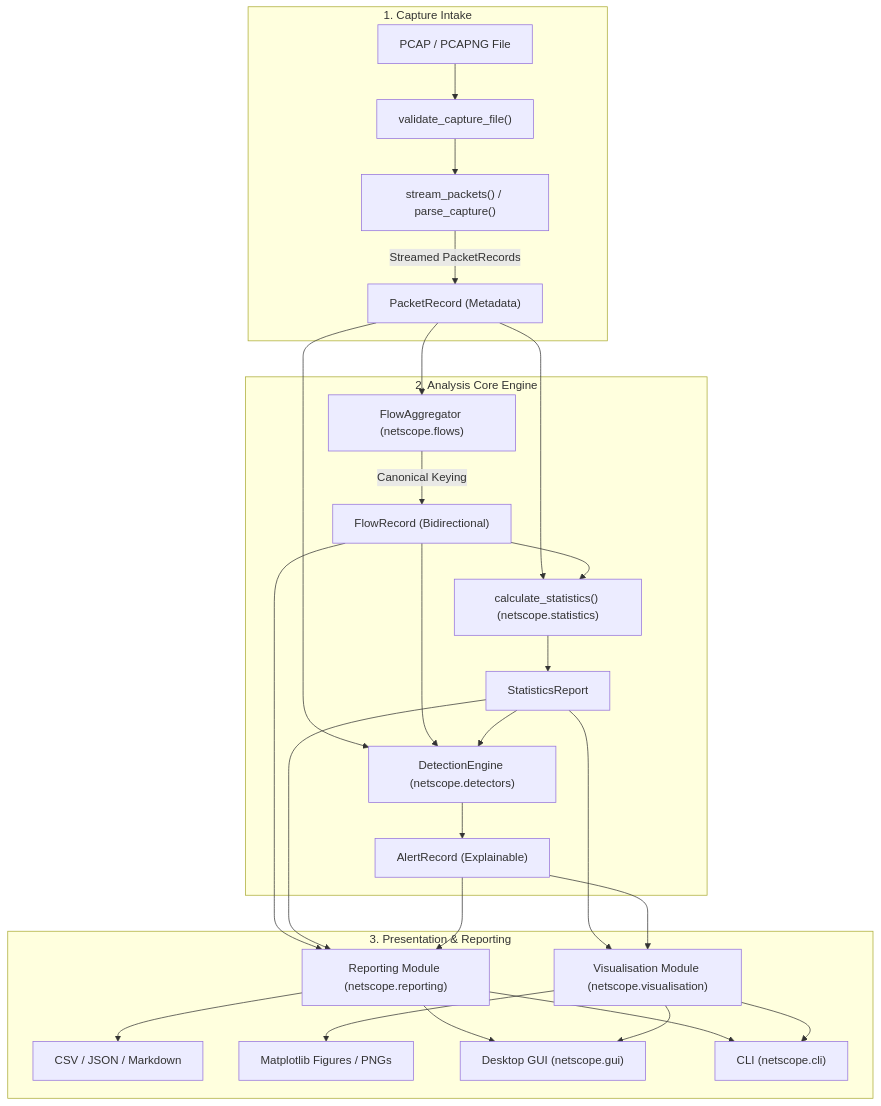
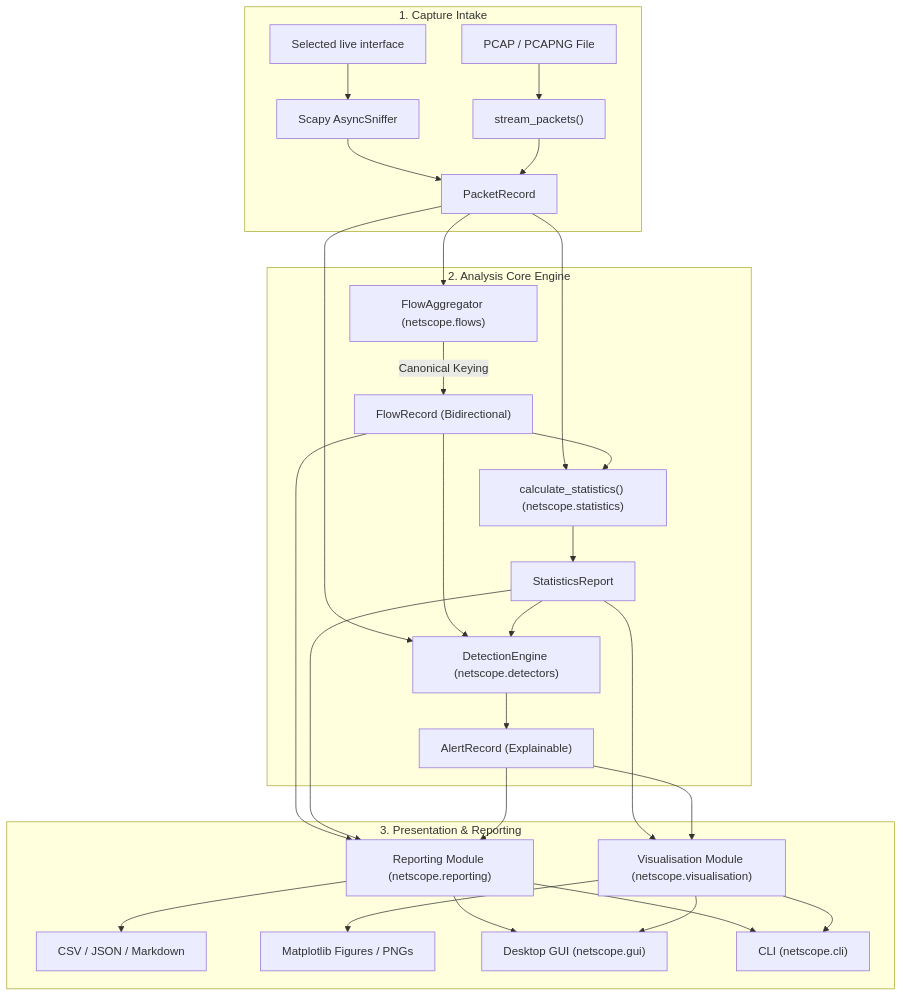
One commit to kavni-29/netscope changed the diagram in README.md. Above: the diagram before and after it, drawn with Mermaid. The commit also changed other lines of this file and 8 other files, not shown here.

````diff
--- a/README.md
+++ b/README.md
@@ -87,26 +89,27 @@
 ```mermaid
 flowchart TD
     subgraph Intake ["1. Capture Intake"]
-        A["PCAP / PCAPNG File"] --> B["validate_capture_file()"]
-        B --> C["stream_packets() / parse_capture()"]
-        C -->|Streamed PacketRecords| D["PacketRecord (Metadata)"]
+    A["PCAP / PCAPNG File"] --> B["stream_packets()"]
+    X["Selected live interface"] --> C["Scapy AsyncSniffer"]
+    C --> D
+    B --> D["PacketRecord"]
     end
 
     subgraph Core ["2. Analysis Core Engine"]
         D --> E["FlowAggregator (netscope.flows)"]
         E -->|Canonical Keying| F["FlowRecord (Bidirectional)"]
         D & F --> G["calculate_statistics() (netscope.statistics)"]
         G --> H["StatisticsReport"]
         D & F & H --> I["DetectionEngine (netscope.detectors)"]
         I --> J["AlertRecord (Explainable)"]
     end
 
     subgraph Export ["3. Presentation & Reporting"]
         F & H & J --> K["Reporting Module (netscope.reporting)"]
         H & J --> L["Visualisation Module (netscope.visualisation)"]
         K --> M["CSV / JSON / Markdown"]
         L --> N["Matplotlib Figures / PNGs"]
         K & L --> O["Desktop GUI (netscope.gui)"]
         K & L --> P["CLI (netscope.cli)"]
     end
 ```
````
